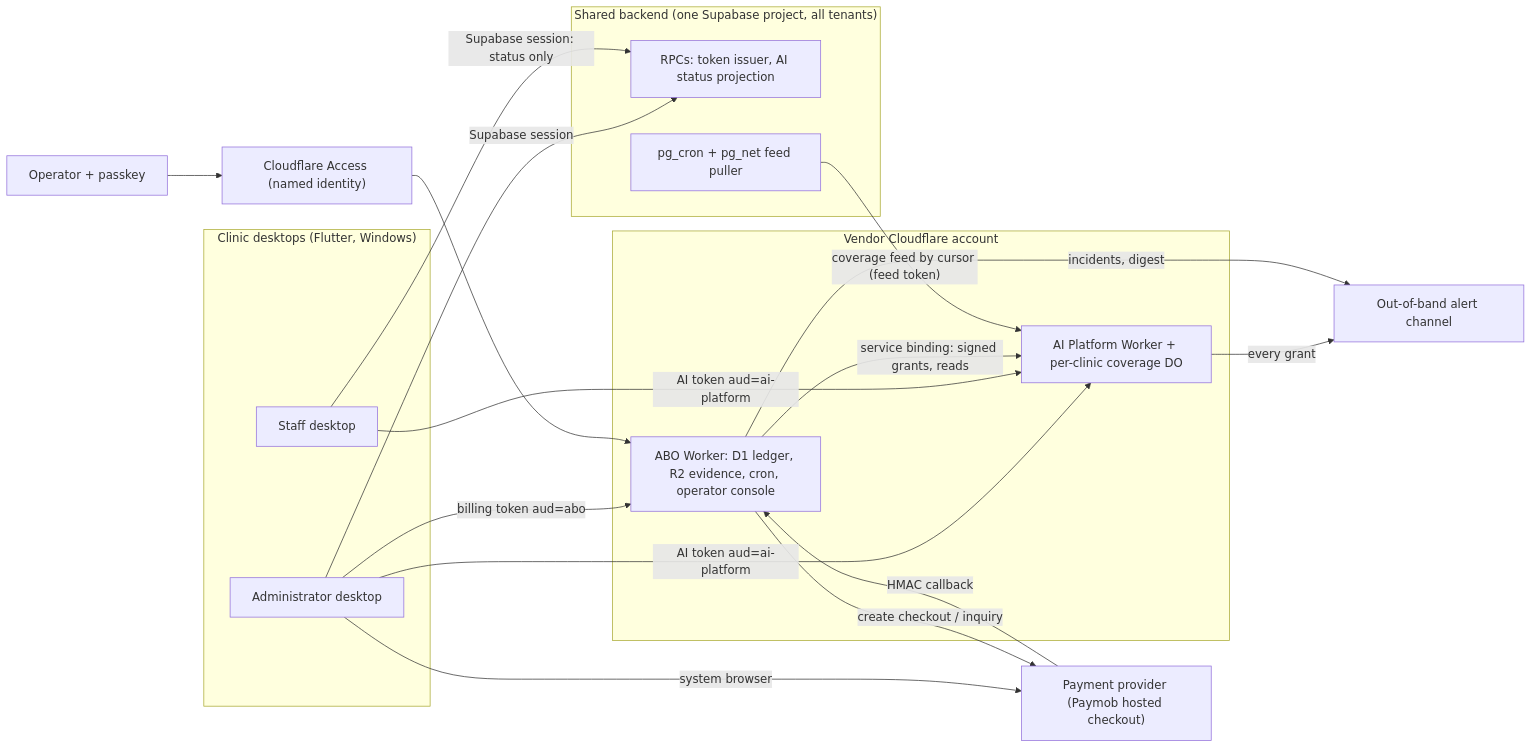
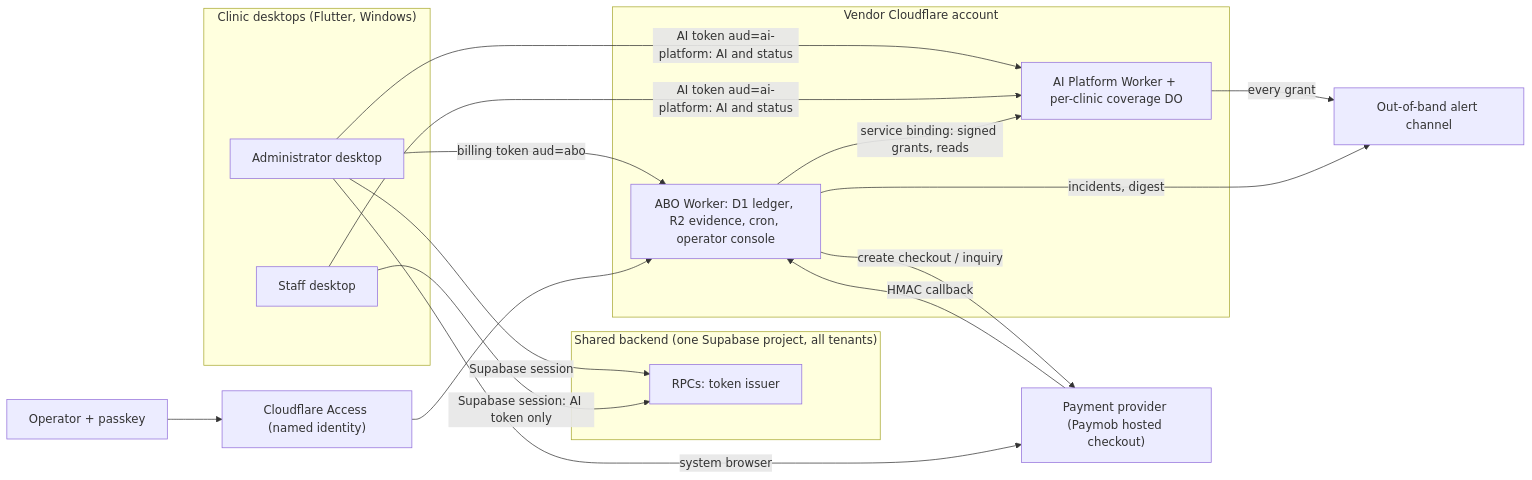
Before and after one commit to haythamosama95/AiClinic: the diagram in docs/architecture/ai-billing-orchestration/01-abo-design-decisions.md, drawn with Mermaid. The commit also changed other lines of this file and 5 other files, not shown here.

````diff
--- a/docs/architecture/ai-billing-orchestration/01-abo-design-decisions.md
+++ b/docs/architecture/ai-billing-orchestration/01-abo-design-decisions.md
@@ -21,31 +21,29 @@
 ```mermaid
 flowchart LR
   subgraph Desk["Clinic desktops (Flutter, Windows)"]
     Admin["Administrator desktop"]
     Staff["Staff desktop"]
   end
   subgraph SB["Shared backend (one Supabase project, all tenants)"]
-    RPC["RPCs: token issuer, AI status projection"]
-    Pull["pg_cron + pg_net feed puller"]
+    RPC["RPCs: token issuer"]
   end
   subgraph CF["Vendor Cloudflare account"]
     ABO["ABO Worker: D1 ledger, R2 evidence, cron, operator console"]
     AIP["AI Platform Worker + per-clinic coverage DO"]
   end
   Access["Cloudflare Access (named identity)"]
   Op["Operator + passkey"]
   PSP["Payment provider (Paymob hosted checkout)"]
   OOB["Out-of-band alert channel"]
   Admin -- "Supabase session" --> RPC
-  Staff -- "Supabase session: status only" --> RPC
+  Staff -- "Supabase session: AI token only" --> RPC
   Admin -- "billing token aud=abo" --> ABO
-  Admin & Staff -- "AI token aud=ai-platform" --> AIP
+  Admin & Staff -- "AI token aud=ai-platform: AI and status" --> AIP
   Admin -- "system browser" --> PSP
   PSP -- "HMAC callback" --> ABO
   ABO -- "create checkout / inquiry" --> PSP
   ABO -- "service binding: signed grants, reads" --> AIP
-  Pull -- "coverage feed by cursor (feed token)" --> AIP
   Op --> Access --> ABO
   AIP -- "every grant" --> OOB
   ABO -- "incidents, digest" --> OOB
 ```
````
